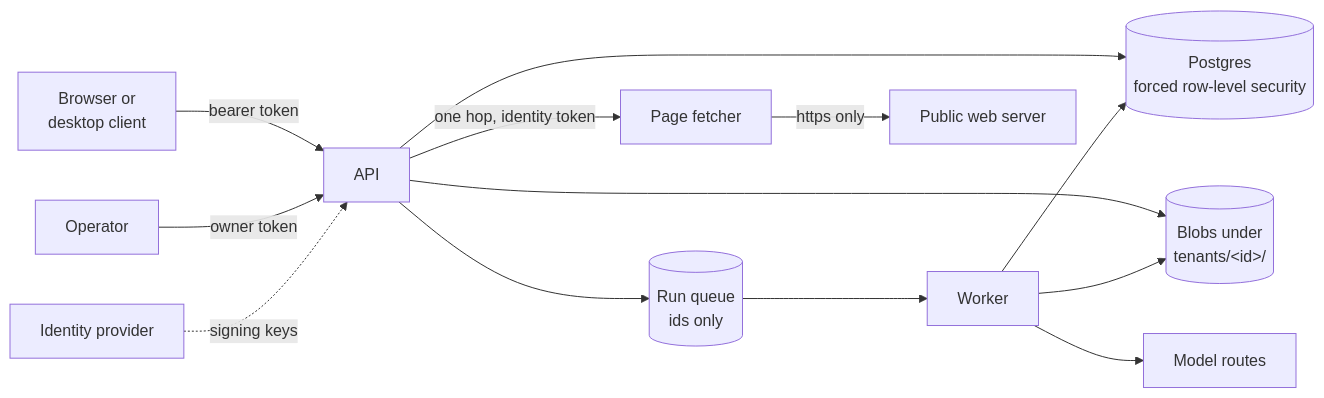
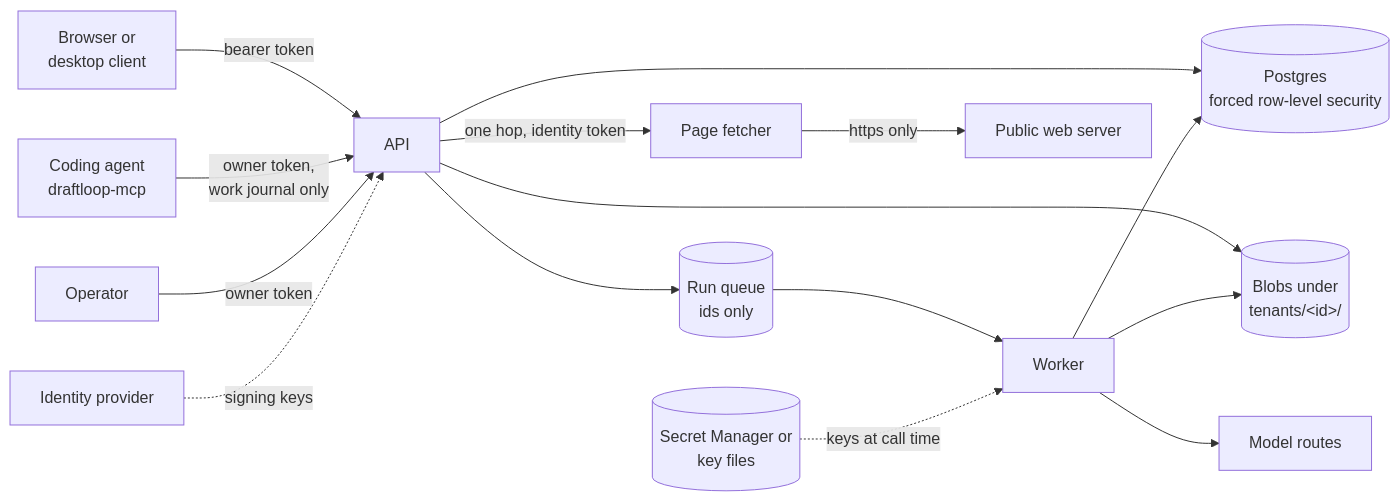
One commit to akoita/draft-loop changed the diagram in docs/security/server-threat-model.md. Above: the diagram before and after it, drawn with Mermaid. The commit also changed other lines of this file and 3 other files, not shown here.

````diff
--- a/docs/security/server-threat-model.md
+++ b/docs/security/server-threat-model.md
@@ -36,15 +36,17 @@
 ```mermaid
 flowchart LR
     B[Browser or<br/>desktop client] -->|bearer token| API
+    A[Coding agent<br/>draftloop-mcp] -->|owner token,<br/>work journal only| API
     O[Operator] -->|owner token| API
     IdP[Identity provider] -.->|signing keys| API
     API[API] --> DB[(Postgres<br/>forced row-level security)]
     API --> BL[(Blobs under<br/>tenants/&lt;id&gt;/)]
     API --> Q[(Run queue<br/>ids only)]
     Q --> W[Worker]
     W --> DB
     W --> BL
     W --> M[Model routes]
+    SK[(Secret Manager or<br/>key files)] -.->|keys at call time| W
     API -->|one hop, identity token| PF[Page fetcher]
     PF -->|https only| Web[Public web server]
 ```
````
